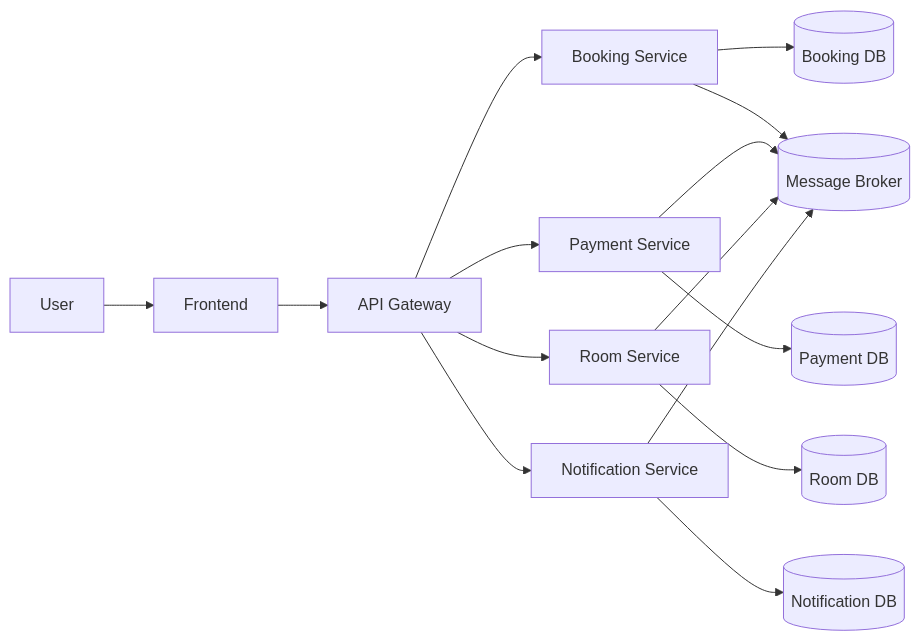
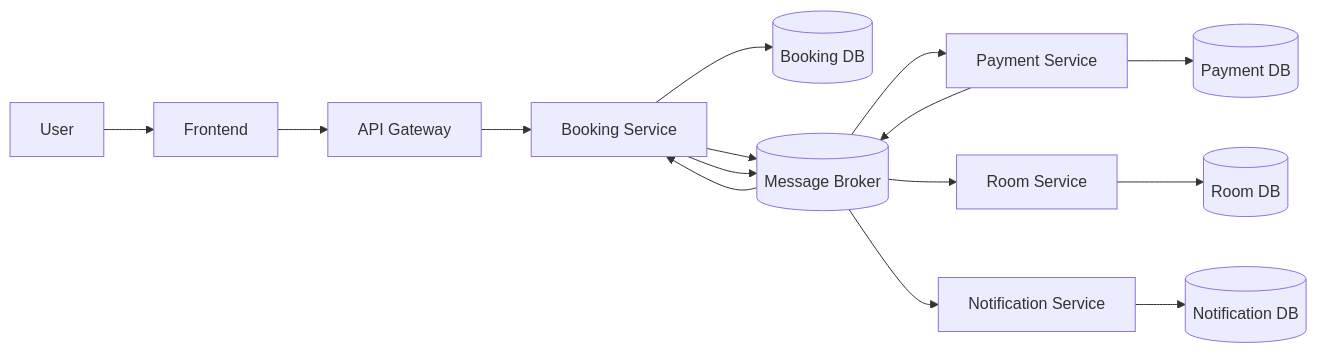
Before and after one commit to bangit14/WebBanHang-Project: the diagram in architecture.md, drawn with Mermaid. The commit also changed other lines of this file and 1 other file, not shown here.

````diff
--- a/architecture.md
+++ b/architecture.md
@@ -72,20 +78,23 @@
 ```mermaid
 graph LR
     U[User] --> FE[Frontend]
     FE --> GW[API Gateway]
 
     GW --> BS[Booking Service]
-    GW --> PS[Payment Service]
-    GW --> RS[Room Service]
-    GW --> NS[Notification Service]
 
     BS --> DB1[(Booking DB)]
     PS --> DB2[(Payment DB)]
     RS --> DB3[(Room DB)]
     NS --> DB4[(Notification DB)]
 
     BS --> MQ[(Message Broker)]
+
+    MQ --> PS[Payment Service]
     PS --> MQ
-    RS --> MQ
-    NS --> MQ
+
+    MQ --> BS
+    BS --> MQ
+
+    MQ --> RS[Room Service]
+    MQ --> NS[Notification Service]
 ```
````
